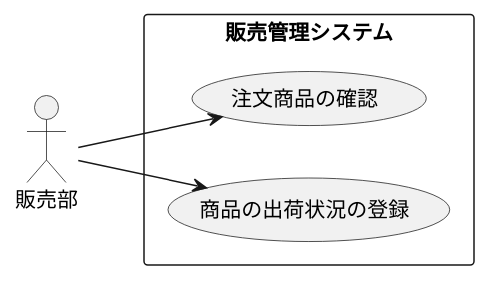
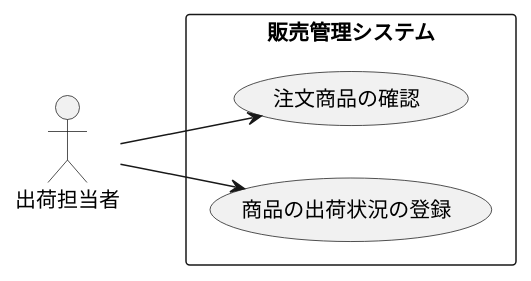
The diagram in 演習2-5_盛岡商事_販売管理システム.pu (yoshidasen/uml-introduction), drawn with PlantUML before and after one commit. The commit also changed 1 other file, not shown here.

```diff
--- a/演習2-5_盛岡商事_販売管理システム.pu
+++ b/演習2-5_盛岡商事_販売管理システム.pu
@@ -1,13 +1,13 @@
 @startuml 販売管理システム
     left to right direction
-    actor 販売部 as A1
+    actor 出荷担当者 as A1
 
     rectangle 販売管理システム {
         usecase 注文商品の確認 as U1
         usecase 商品の出荷状況の登録 as U2
     }
 
     A1 --> U1
     A1 --> U2
 
 @enduml
```
